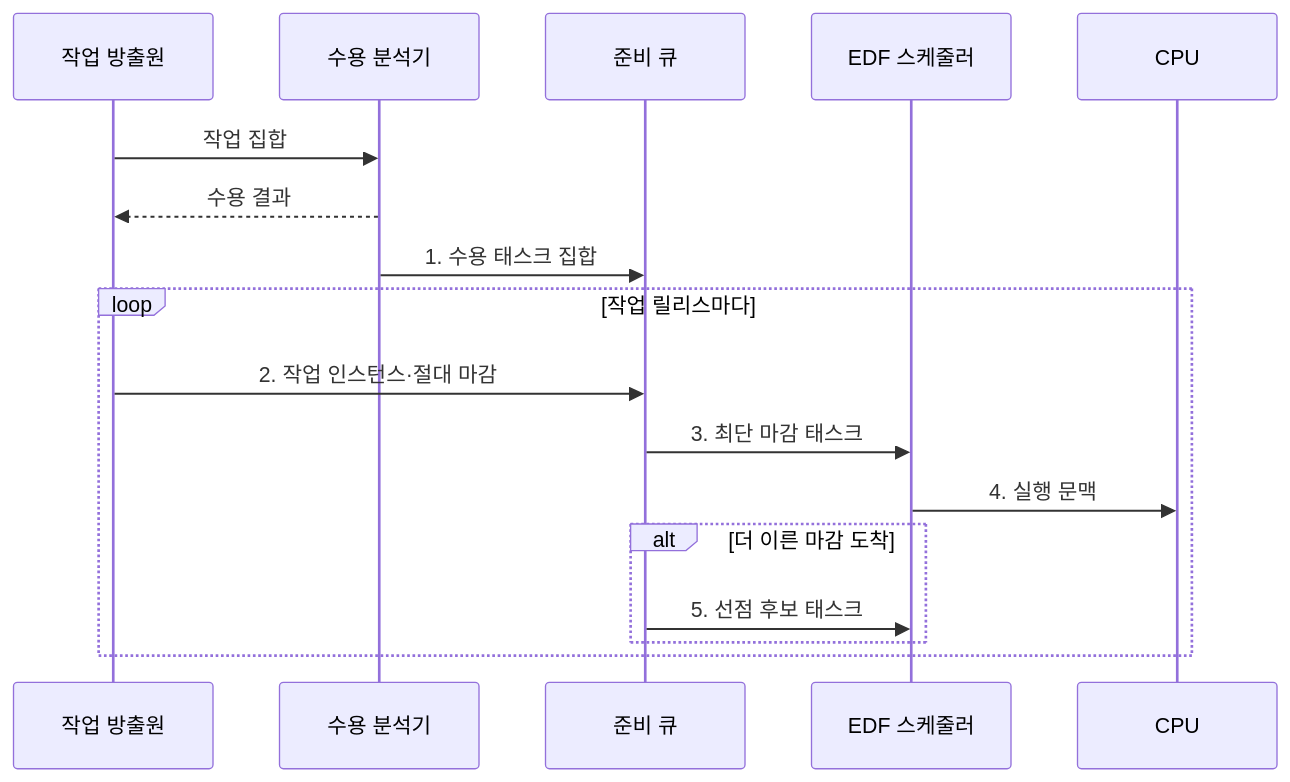
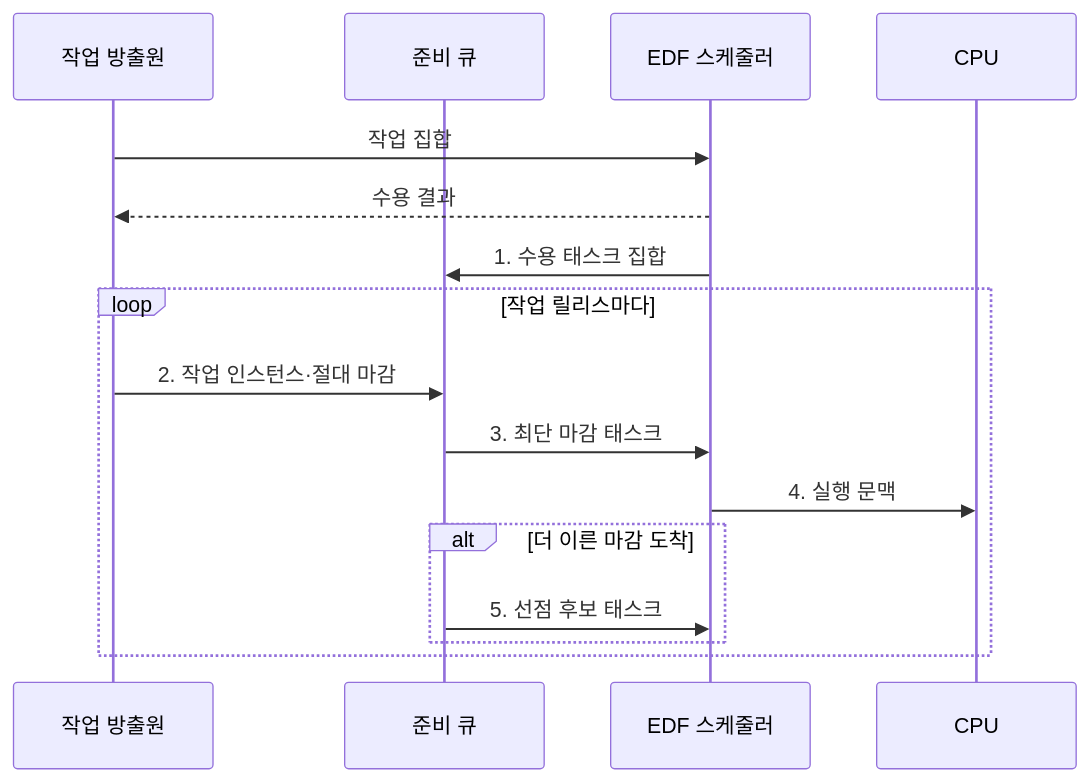
The second of 2 diagrams in src/content/docs/notes/03-software/007_realtime_scheduling.md (agnusdei1207/knowledge-base), drawn with Mermaid before and after one commit. The commit also changed 9 other files, not shown here.

Commit message:
Simplify software execution diagrams

````diff
--- a/src/content/docs/notes/03-software/007_realtime_scheduling.md
+++ b/src/content/docs/notes/03-software/007_realtime_scheduling.md
@@ -114,19 +114,18 @@
 ```mermaid
 sequenceDiagram
     participant J as 작업 방출원
-    participant A as 수용 분석기
     participant Q as 준비 큐
     participant S as EDF 스케줄러
     participant C as CPU
-    J->>A: 작업 집합
-    A-->>J: 수용 결과
-    A->>Q: 1. 수용 태스크 집합
+    J->>S: 작업 집합
+    S-->>J: 수용 결과
+    S->>Q: 1. 수용 태스크 집합
     loop 작업 릴리스마다
         J->>Q: 2. 작업 인스턴스·절대 마감
         Q->>S: 3. 최단 마감 태스크
         S->>C: 4. 실행 문맥
         alt 더 이른 마감 도착
             Q->>S: 5. 선점 후보 태스크
         end
     end
 ```
````
